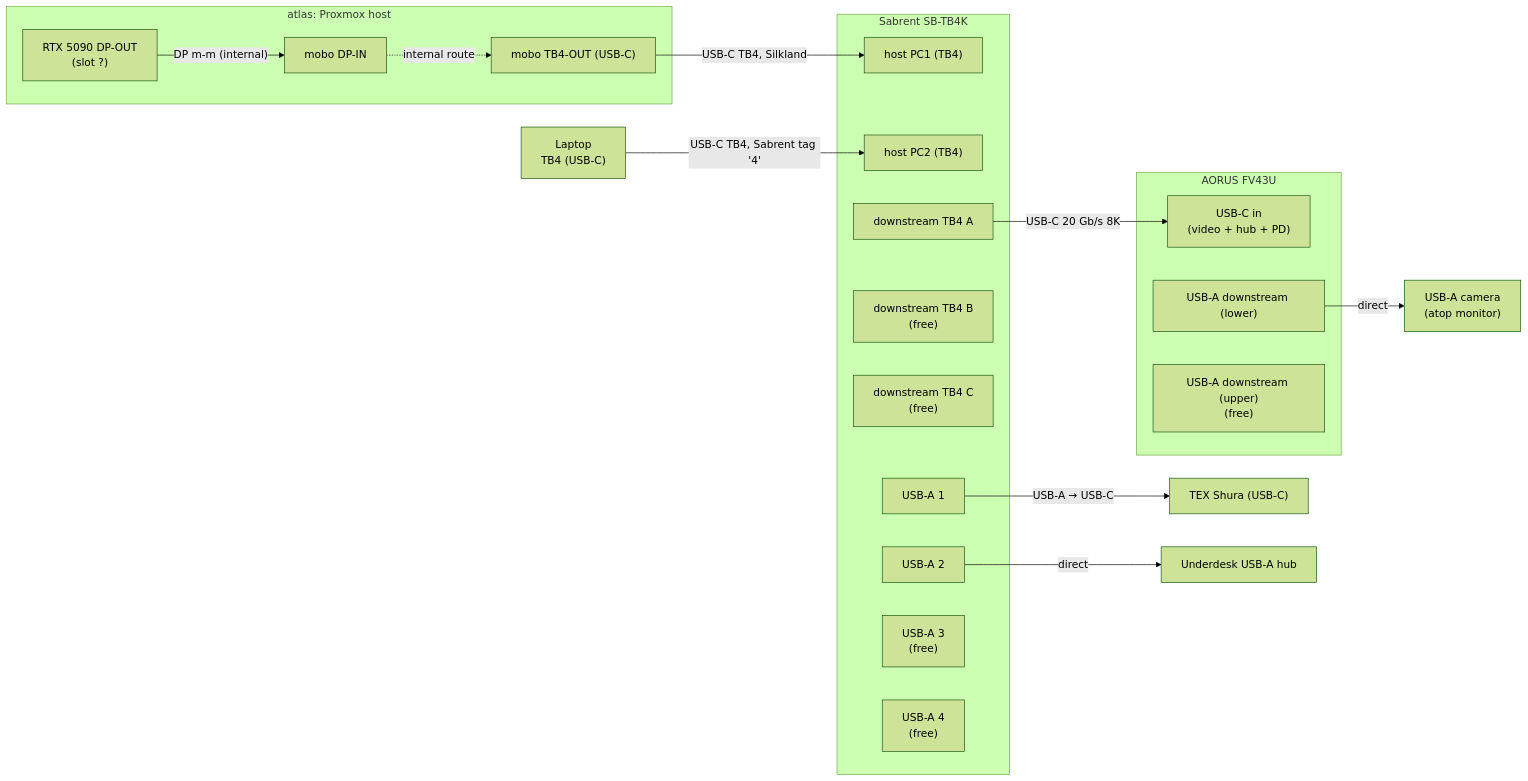
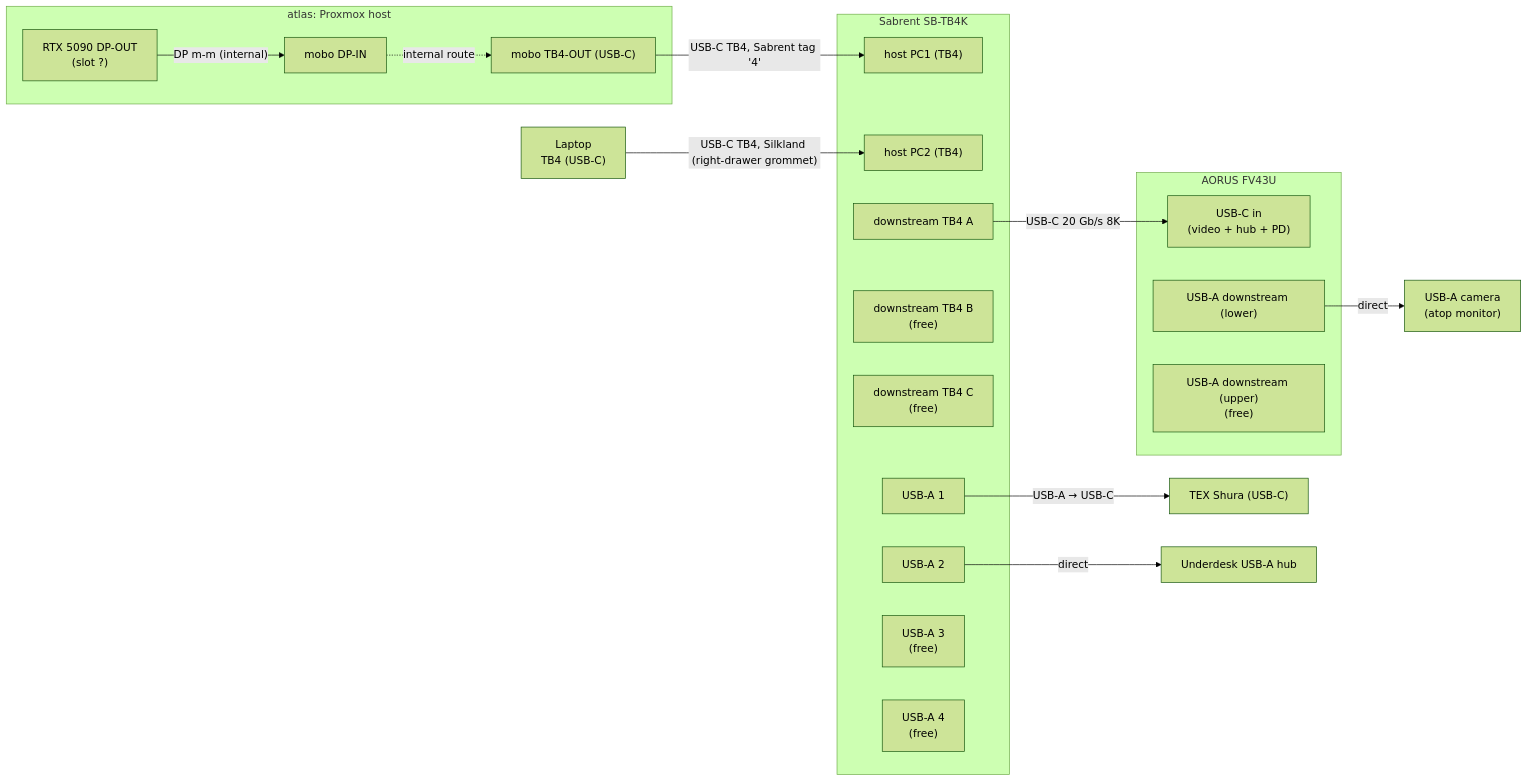
The diagram in desk/README.md (agentydragon/ducktape), drawn with Mermaid (forest theme) before and after one commit. The commit also changed other lines of this file, not shown here.

First line of the commit message:
desk: Silkland is the laptop-side cable through right-drawer grommet

````diff
--- a/desk/README.md
+++ b/desk/README.md
@@ -54,42 +54,42 @@
 ```mermaid
 flowchart LR
     subgraph atlas[atlas: Proxmox host]
         atlas_gpu["RTX 5090 DP-OUT<br/>(slot ?)"]
         atlas_mobo_dp["mobo DP-IN"]
         atlas_mobo_tb["mobo TB4-OUT (USB-C)"]
         atlas_gpu -- "DP m-m (internal)" --> atlas_mobo_dp
         atlas_mobo_dp -. internal route .-> atlas_mobo_tb
     end
 
     laptop["Laptop<br/>TB4 (USB-C)"]
 
     subgraph kvm[Sabrent SB-TB4K]
         kvm_pc1["host PC1 (TB4)"]
         kvm_pc2["host PC2 (TB4)"]
         kvm_tb_a["downstream TB4 A"]
         kvm_tb_b["downstream TB4 B<br/>(free)"]
         kvm_tb_c["downstream TB4 C<br/>(free)"]
         kvm_usba1["USB-A 1"]
         kvm_usba2["USB-A 2"]
         kvm_usba3["USB-A 3<br/>(free)"]
         kvm_usba4["USB-A 4<br/>(free)"]
     end
 
     subgraph mon[AORUS FV43U]
         mon_usbc["USB-C in<br/>(video + hub + PD)"]
         mon_usba_lo["USB-A downstream (lower)"]
         mon_usba_hi["USB-A downstream (upper)<br/>(free)"]
     end
 
     kbd["TEX Shura (USB-C)"]
     cam["USB-A camera<br/>(atop monitor)"]
     hub["Underdesk USB-A hub"]
 
-    atlas_mobo_tb -- "USB-C TB4, Silkland" --> kvm_pc1
-    laptop        -- "USB-C TB4, Sabrent tag '4'" --> kvm_pc2
+    atlas_mobo_tb -- "USB-C TB4, Sabrent tag '4'" --> kvm_pc1
+    laptop        -- "USB-C TB4, Silkland (right-drawer grommet)" --> kvm_pc2
 
     kvm_tb_a    -- "USB-C 20 Gb/s 8K" --> mon_usbc
     kvm_usba1   -- "USB-A → USB-C" --> kbd
     kvm_usba2   -- "direct" --> hub
     mon_usba_lo -- "direct" --> cam
 ```
````
